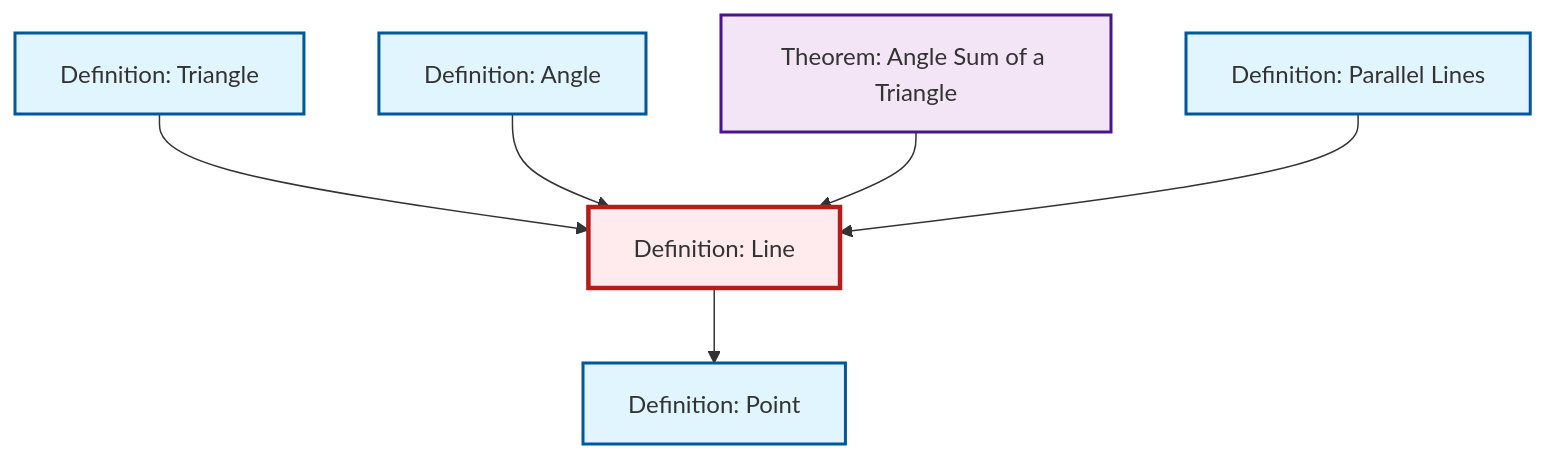
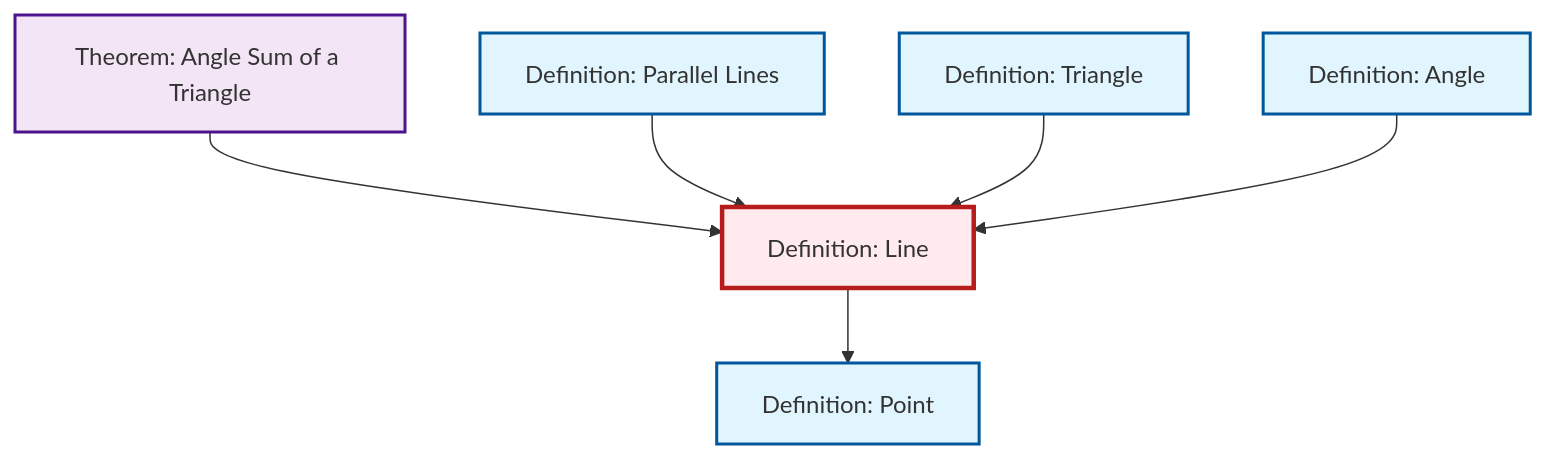
Before and after one commit to RK0429/ModernMath: the diagram in content/en/geometry/def-line.qmd, drawn with Mermaid. The commit also changed other lines of this file and 531 other files, not shown here.

````diff
--- a/content/en/geometry/def-line.qmd
+++ b/content/en/geometry/def-line.qmd
@@ -45,26 +45,26 @@
 ```{mermaid}
 %%| fig-cap: "Local dependency graph"
 graph TD
     classDef definition fill:#e1f5fe,stroke:#01579b,stroke-width:2px
     classDef theorem fill:#f3e5f5,stroke:#4a148c,stroke-width:2px
     classDef axiom fill:#fff3e0,stroke:#e65100,stroke-width:2px
     classDef example fill:#e8f5e9,stroke:#1b5e20,stroke-width:2px
     classDef current fill:#ffebee,stroke:#b71c1c,stroke-width:3px
+    def-line["Definition: Line"]:::definition
+    def-angle["Definition: Angle"]:::definition
+    def-parallel["Definition: Parallel Lines"]:::definition
     thm-angle-sum-triangle["Theorem: Angle Sum of a Triangle"]:::theorem
-    def-angle["Definition: Angle"]:::definition
     def-point["Definition: Point"]:::definition
-    def-parallel["Definition: Parallel Lines"]:::definition
-    def-line["Definition: Line"]:::definition
     def-triangle["Definition: Triangle"]:::definition
+    thm-angle-sum-triangle --> def-line
+    def-parallel --> def-line
     def-triangle --> def-line
     def-line --> def-point
     def-angle --> def-line
-    thm-angle-sum-triangle --> def-line
-    def-parallel --> def-line
     class def-line current
+    click def-angle "def-angle.html" "Go to Angle definition"
+    click def-parallel "def-parallel.html" "Go to Parallel Lines definition"
     click thm-angle-sum-triangle "thm-angle-sum-triangle.html" "Go to Angle Sum of a Triangle theorem"
-    click def-angle "def-angle.html" "Go to Angle definition"
     click def-point "def-point.html" "Go to Point definition"
-    click def-parallel "def-parallel.html" "Go to Parallel Lines definition"
     click def-triangle "def-triangle.html" "Go to Triangle definition"
 ```
````
